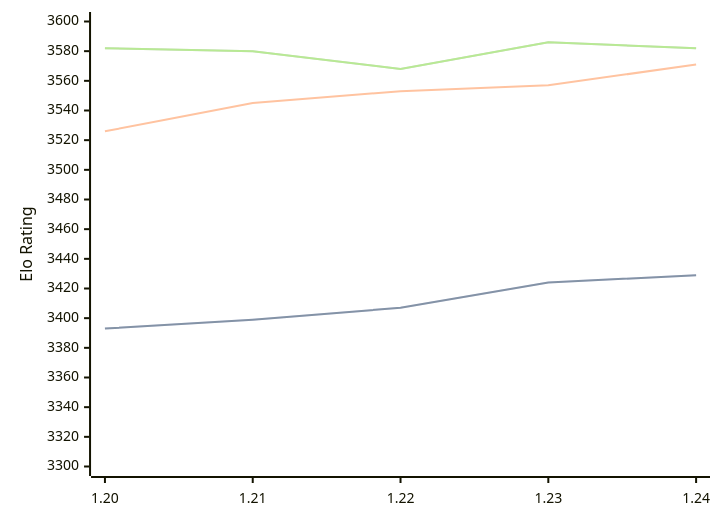
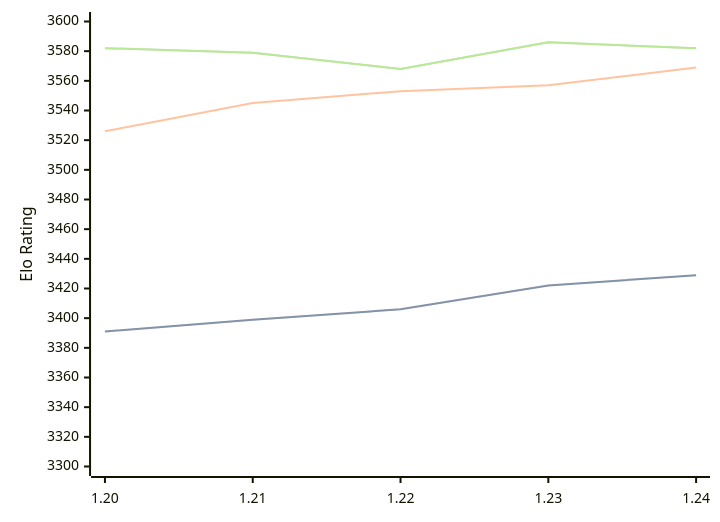
One commit to computer-chess-index/cci changed the diagram in engines/Caissa.md. Above: the diagram before and after it, drawn with Mermaid. The commit also changed other lines of this file, not shown here.

Commit message:
Update CCI Ratings (ELO VLTC) - 2026-03-15

````diff
--- a/engines/Caissa.md
+++ b/engines/Caissa.md
@@ -62,11 +62,11 @@
 ```mermaid
 %%{init: {"theme":"base","themeVariables":{"seriesColors:['#a3a3a3','#222221','#faa371']}}}%%
 xychart-beta
   x-axis ["1.20", "1.21", "1.22", "1.23", "1.24"]
   y-axis "Elo Rating" 3300 --> 3600
-  line "STC (8.0+0.08s)" [3393, 3399, 3407, 3424, 3429]
-  line "STC (8.0+0.08s)" [3393, 3399, 3407, 3424, 3429]
-  line "LTC (60.0+0.60s)" [3526, 3545, 3553, 3557, 3571]
-  line "VLTC (2m24s+1.12s)" [3582, 3580, 3568, 3586, 3582]
-  line "VLTC (2m24s+1.12s)" [3582, 3580, 3568, 3586, 3582]
+  line "STC (8.0+0.08s)" [3391, 3399, 3406, 3422, 3429]
+  line "STC (8.0+0.08s)" [3391, 3399, 3406, 3422, 3429]
+  line "LTC (60.0+0.60s)" [3526, 3545, 3553, 3557, 3569]
+  line "VLTC (2m24s+1.12s)" [3582, 3579, 3568, 3586, 3582]
+  line "VLTC (2m24s+1.12s)" [3582, 3579, 3568, 3586, 3582]
 ```
````
